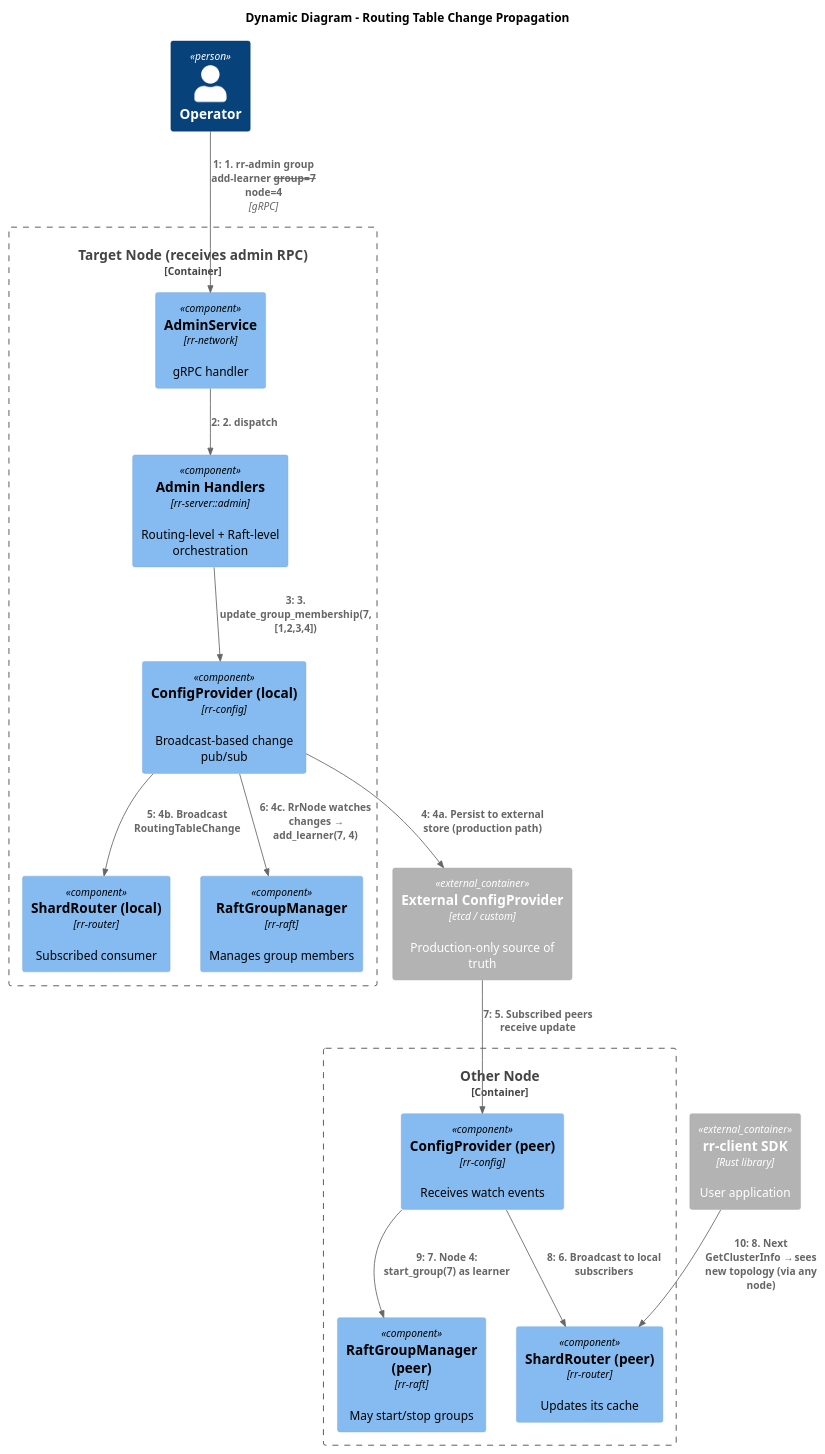
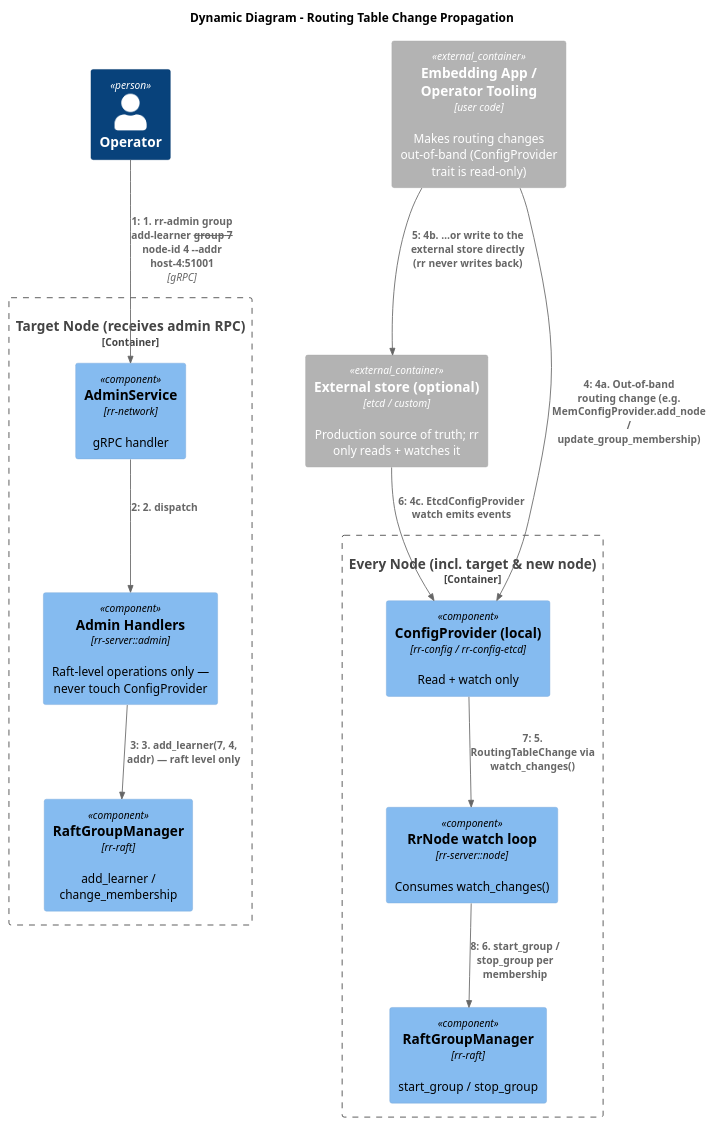
Before and after one commit to gardenias/rr: the first of 2 diagrams in docs/docs/architecture/c4/dynamic-config-update.md, drawn with PlantUML. The commit also changed other lines of this file and 18 other files, not shown here.

First line of the commit message:
docs(architecture): correct factual drift against current code

````diff
--- a/docs/docs/architecture/c4/dynamic-config-update.md
+++ b/docs/docs/architecture/c4/dynamic-config-update.md
@@ -15,42 +15,35 @@
 ```plantuml
 @startuml
 !include <C4/C4_Dynamic.puml>
 
 title Dynamic Diagram - Routing Table Change Propagation
 
 Person(operator, "Operator")
+Container_Ext(app, "Embedding App / Operator Tooling", "user code", "Makes routing changes out-of-band (ConfigProvider trait is read-only)")
 
 Container_Boundary(target_node, "Target Node (receives admin RPC)") {
   Component(admin_svc, "AdminService", "rr-network", "gRPC handler")
-  Component(admin_hdl, "Admin Handlers", "rr-server::admin", "Routing-level + Raft-level orchestration")
-  Component(cfg_local, "ConfigProvider (local)", "rr-config", "Broadcast-based change pub/sub")
-  Component(router_t, "ShardRouter (local)", "rr-router", "Subscribed consumer")
-  Component(raft_mgr_t, "RaftGroupManager", "rr-raft", "Manages group members")
+  Component(admin_hdl, "Admin Handlers", "rr-server::admin", "Raft-level operations only — never touch ConfigProvider")
+  Component(raft_mgr_t, "RaftGroupManager", "rr-raft", "add_learner / change_membership")
 }
 
-Container_Ext(external_cfg, "External ConfigProvider", "etcd / custom", "Production-only source of truth")
+Container_Ext(external_cfg, "External store (optional)", "etcd / custom", "Production source of truth; rr only reads + watches it")
 
-Container_Boundary(other_node, "Other Node") {
-  Component(cfg_other, "ConfigProvider (peer)", "rr-config", "Receives watch events")
-  Component(router_o, "ShardRouter (peer)", "rr-router", "Updates its cache")
-  Component(raft_mgr_o, "RaftGroupManager (peer)", "rr-raft", "May start/stop groups")
+Container_Boundary(any_node, "Every Node (incl. target & new node)") {
+  Component(cfg_local, "ConfigProvider (local)", "rr-config / rr-config-etcd", "Read + watch only")
+  Component(watch_loop, "RrNode watch loop", "rr-server::node", "Consumes watch_changes()")
+  Component(raft_mgr_x, "RaftGroupManager", "rr-raft", "start_group / stop_group")
 }
 
-Container_Ext(client, "rr-client SDK", "Rust library", "User application")
+Rel(operator, admin_svc, "1. rr-admin group add-learner --group 7 --node-id 4 --addr host-4:51001", "gRPC")
+Rel(admin_svc, admin_hdl, "2. dispatch")
+Rel(admin_hdl, raft_mgr_t, "3. add_learner(7, 4, addr) — raft level only")
 
-Rel(operator, admin_svc, "1. rr-admin group add-learner --group=7 --node=4", "gRPC")
-Rel(admin_svc, admin_hdl, "2. dispatch")
-Rel(admin_hdl, cfg_local, "3. update_group_membership(7, [1,2,3,4])")
-
-Rel(cfg_local, external_cfg, "4a. Persist to external store (production path)")
-Rel(cfg_local, router_t, "4b. Broadcast RoutingTableChange")
-Rel(cfg_local, raft_mgr_t, "4c. RrNode watches changes → add_learner(7, 4)")
-
-Rel(external_cfg, cfg_other, "5. Subscribed peers receive update")
-Rel(cfg_other, router_o, "6. Broadcast to local subscribers")
-Rel(cfg_other, raft_mgr_o, "7. Node 4: start_group(7) as learner")
-
-Rel(client, router_o, "8. Next GetClusterInfo → sees new topology (via any node)")
+Rel(app, cfg_local, "4a. Out-of-band routing change (e.g. MemConfigProvider.add_node / update_group_membership)")
+Rel(app, external_cfg, "4b. …or write to the external store directly (rr never writes back)")
+Rel(external_cfg, cfg_local, "4c. EtcdConfigProvider watch emits events")
+Rel(cfg_local, watch_loop, "5. RoutingTableChange via watch_changes()")
+Rel(watch_loop, raft_mgr_x, "6. start_group / stop_group per membership")
 
 @enduml
 ```
````
